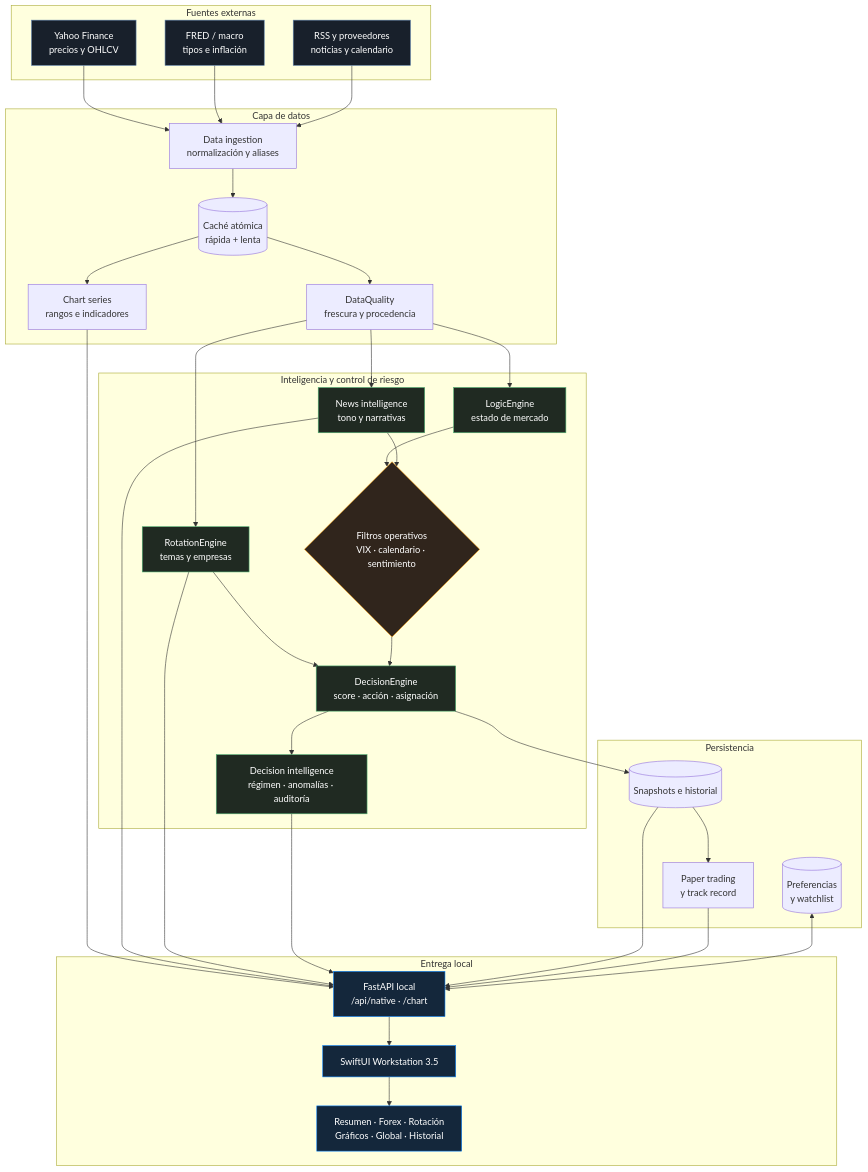
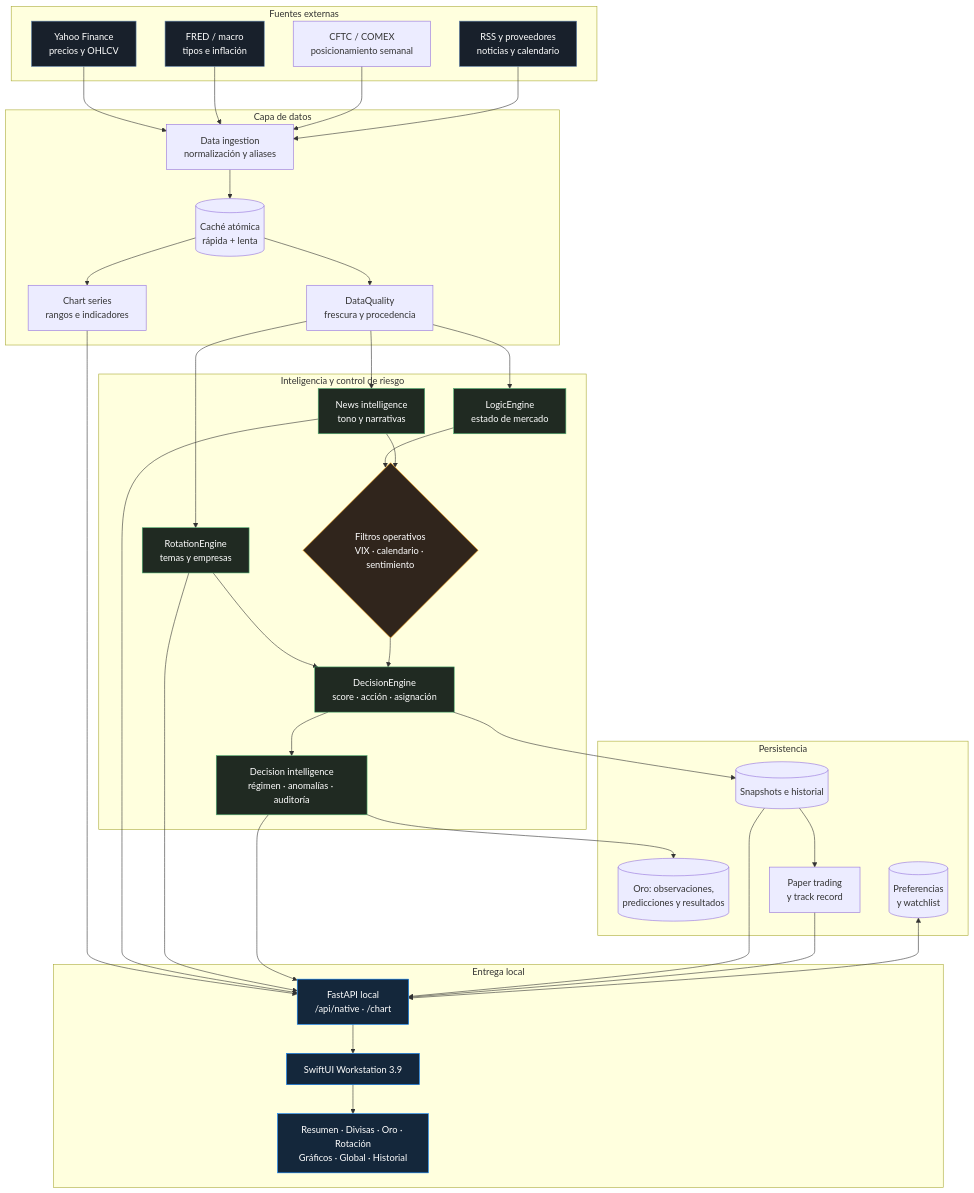
One commit to MarcOrtiz21/NEXUS changed the diagram in README.md. Above: the diagram before and after it, drawn with Mermaid. The commit also changed other lines of this file and 40 other files, not shown here.

````diff
--- a/README.md
+++ b/README.md
@@ -76,68 +109,72 @@
 ```mermaid
 flowchart TB
     subgraph sources["Fuentes externas"]
         YF["Yahoo Finance<br/>precios y OHLCV"]
         FRED["FRED / macro<br/>tipos e inflación"]
+        CFTC["CFTC / COMEX<br/>posicionamiento semanal"]
         RSS["RSS y proveedores<br/>noticias y calendario"]
     end
 
     subgraph data["Capa de datos"]
         ING["Data ingestion<br/>normalización y aliases"]
         CACHE[("Caché atómica<br/>rápida + lenta")]
         QUALITY["DataQuality<br/>frescura y procedencia"]
         SERIES["Chart series<br/>rangos e indicadores"]
     end
 
     subgraph intelligence["Inteligencia y control de riesgo"]
         LOGIC["LogicEngine<br/>estado de mercado"]
         RISK{"Filtros operativos<br/>VIX · calendario · sentimiento"}
         ROTATION["RotationEngine<br/>temas y empresas"]
         NEWS["News intelligence<br/>tono y narrativas"]
         DECISION["DecisionEngine<br/>score · acción · asignación"]
         EXPLAIN["Decision intelligence<br/>régimen · anomalías · auditoría"]
     end
 
     subgraph persistence["Persistencia"]
         HISTORY[("Snapshots e historial")]
+        GOLDHISTORY[("Oro: observaciones,<br/>predicciones y resultados")]
         PAPER["Paper trading<br/>y track record"]
         SETTINGS[("Preferencias<br/>y watchlist")]
     end
 
     subgraph delivery["Entrega local"]
         API["FastAPI local<br/>/api/native · /chart"]
-        UI["SwiftUI Workstation 3.5"]
-        VIEWS["Resumen · Forex · Rotación<br/>Gráficos · Global · Historial"]
+        UI["SwiftUI Workstation 3.9"]
+        VIEWS["Resumen · Divisas · Oro · Rotación<br/>Gráficos · Global · Historial"]
     end
 
     YF --> ING
     FRED --> ING
+    CFTC --> ING
     RSS --> ING
     ING --> CACHE --> QUALITY
     CACHE --> SERIES
     QUALITY --> LOGIC
     QUALITY --> ROTATION
     QUALITY --> NEWS
     LOGIC --> RISK
     NEWS --> RISK
     ROTATION --> DECISION
     RISK --> DECISION
     DECISION --> EXPLAIN
+    EXPLAIN --> GOLDHISTORY
     DECISION --> HISTORY --> PAPER
     SERIES --> API
     NEWS --> API
     ROTATION --> API
     EXPLAIN --> API
     HISTORY --> API
     PAPER --> API
     SETTINGS <--> API
     API --> UI --> VIEWS
 
     classDef source fill:#18202b,stroke:#5e81ac,color:#fff;
     classDef engine fill:#202a22,stroke:#4caf70,color:#fff;
     classDef gate fill:#30251c,stroke:#ff9f0a,color:#fff;
     classDef app fill:#14273b,stroke:#0a84ff,color:#fff;
     class YF,FRED,RSS source;
     class LOGIC,ROTATION,NEWS,DECISION,EXPLAIN engine;
     class RISK gate;
     class API,UI,VIEWS app;
 ```
````
